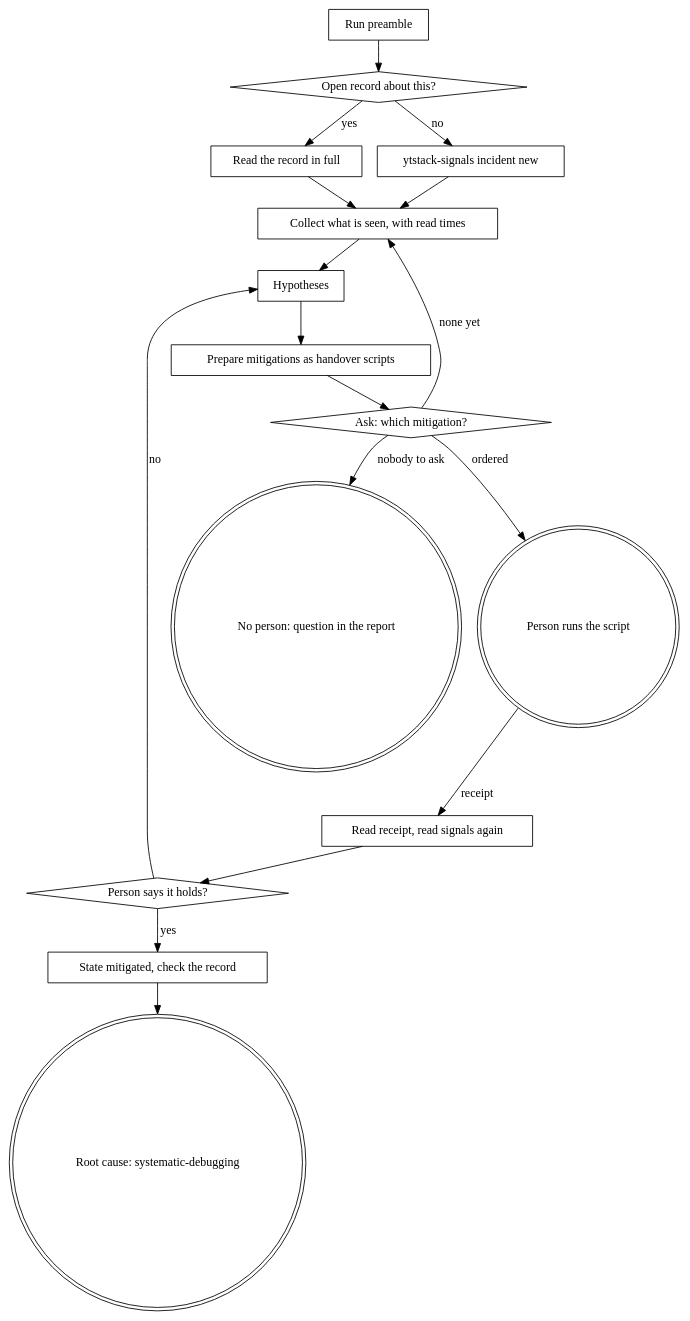
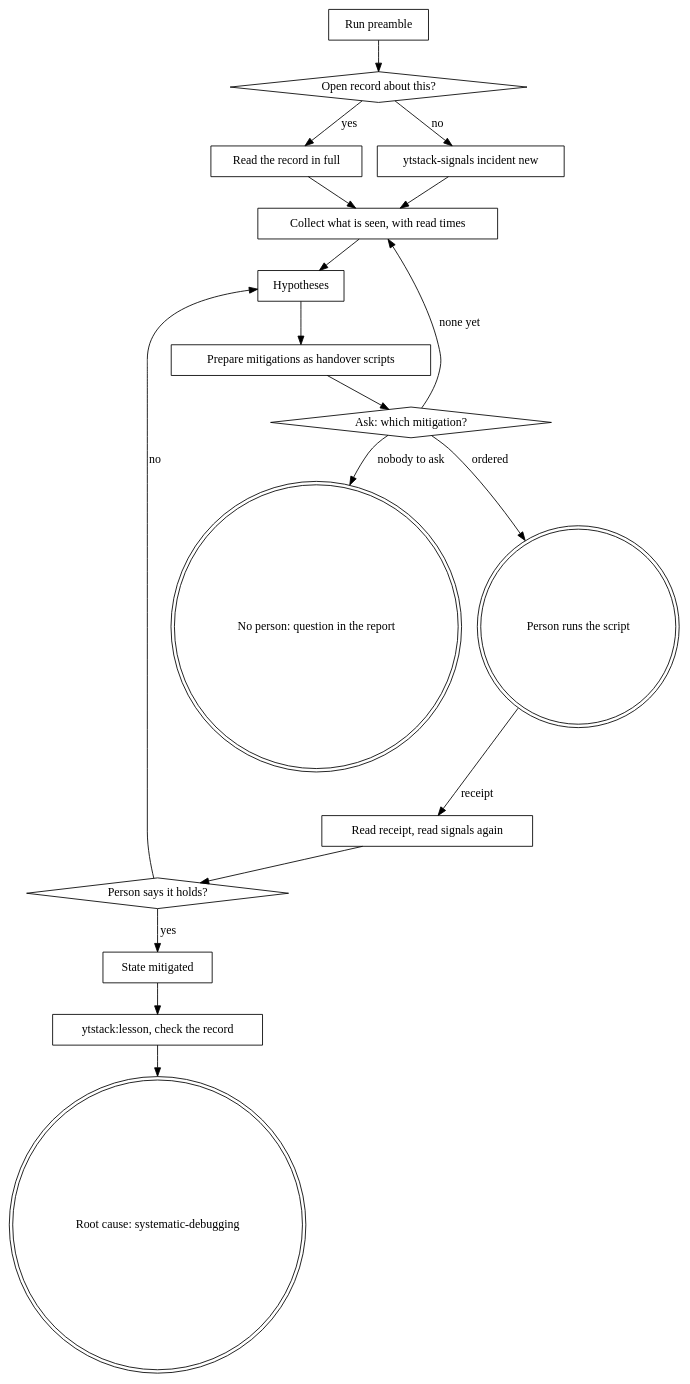
The diagram in skills/incident/SKILL.md (Yesterday-AI/ytstack), drawn with Graphviz before and after one commit. The commit also changed other lines of this file and 88 other files, not shown here.

````diff
--- a/skills/incident/SKILL.md
+++ b/skills/incident/SKILL.md
@@ -53,33 +54,34 @@
 ```dot
 digraph incident {
     "Run preamble" [shape=box];
     "Open record about this?" [shape=diamond];
     "Read the record in full" [shape=box];
     "ytstack-signals incident new" [shape=box];
     "Collect what is seen, with read times" [shape=box];
     "Hypotheses" [shape=box];
     "Prepare mitigations as handover scripts" [shape=box];
     "Ask: which mitigation?" [shape=diamond];
     "Person runs the script" [shape=doublecircle];
     "Read receipt, read signals again" [shape=box];
     "Person says it holds?" [shape=diamond];
-    "State mitigated, check the record" [shape=box];
+    "State mitigated" [shape=box];
+    "ytstack:lesson, check the record" [shape=box];
     "Root cause: systematic-debugging" [shape=doublecircle];
     "No person: question in the report" [shape=doublecircle];
 
     "Run preamble" -> "Open record about this?";
     "Open record about this?" -> "Read the record in full" [label="yes"];
     "Open record about this?" -> "ytstack-signals incident new" [label="no"];
     "Read the record in full" -> "Collect what is seen, with read times";
     "ytstack-signals incident new" -> "Collect what is seen, with read times";
     "Collect what is seen, with read times" -> "Hypotheses" -> "Prepare mitigations as handover scripts" -> "Ask: which mitigation?";
     "Ask: which mitigation?" -> "Person runs the script" [label="ordered"];
     "Ask: which mitigation?" -> "Collect what is seen, with read times" [label="none yet"];
     "Ask: which mitigation?" -> "No person: question in the report" [label="nobody to ask"];
     "Person runs the script" -> "Read receipt, read signals again" [label="receipt"];
     "Read receipt, read signals again" -> "Person says it holds?";
     "Person says it holds?" -> "Hypotheses" [label="no"];
-    "Person says it holds?" -> "State mitigated, check the record" [label="yes"];
-    "State mitigated, check the record" -> "Root cause: systematic-debugging";
+    "Person says it holds?" -> "State mitigated" [label="yes"];
+    "State mitigated" -> "ytstack:lesson, check the record" -> "Root cause: systematic-debugging";
 }
 ```
````
